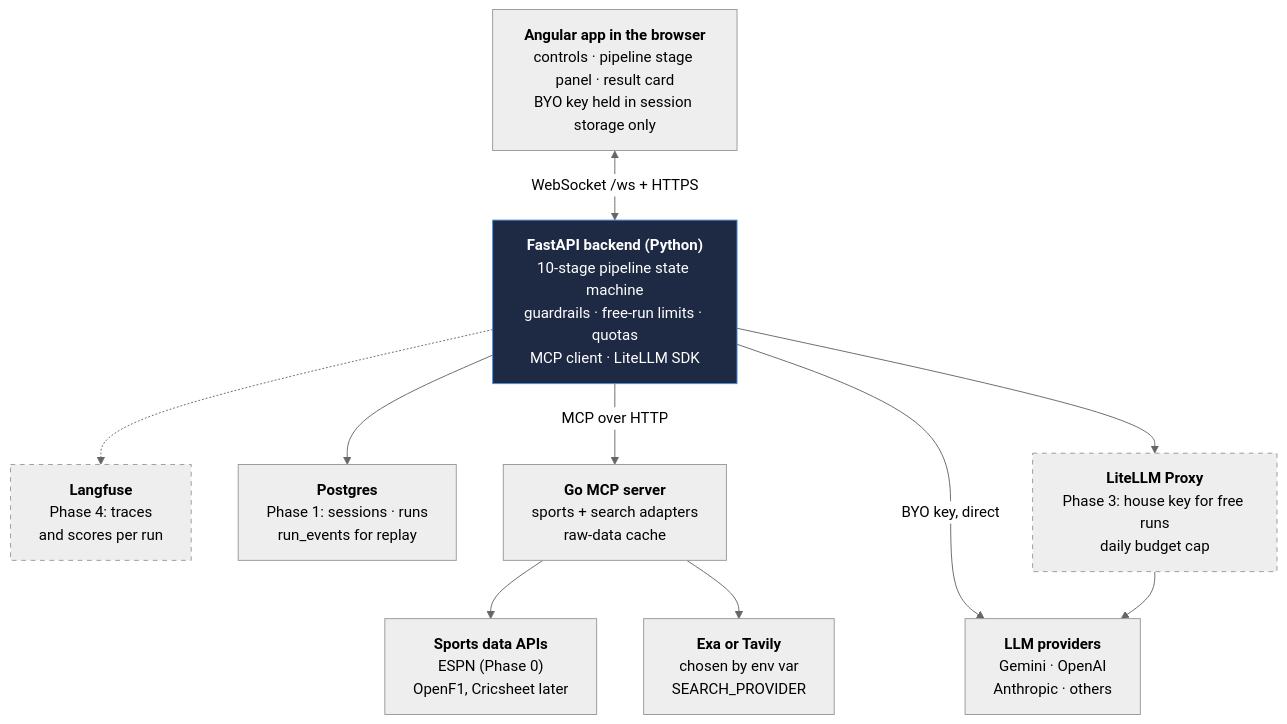
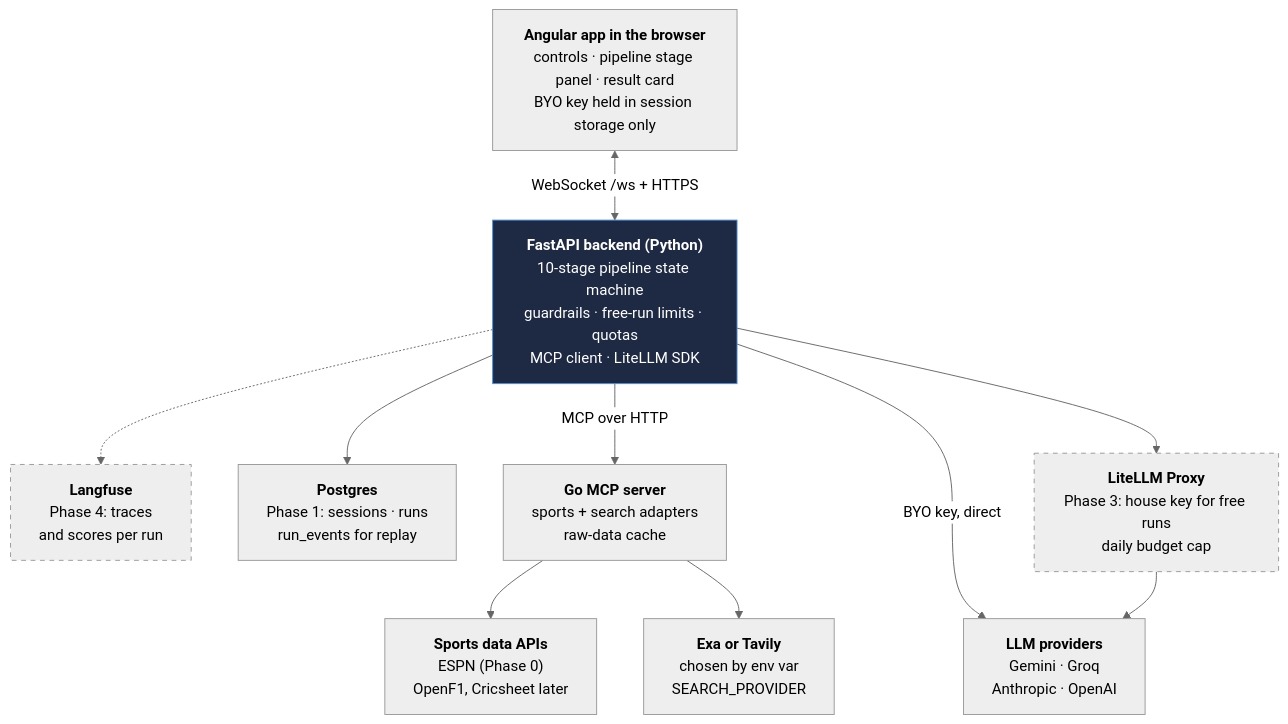
Before and after one commit to 7wik-pk/Matchday-Muse: the diagram in docs/diagrams/architecture.mmd, drawn with Mermaid (neutral theme). The commit also changed 40 other files, not shown here.

```diff
--- a/docs/diagrams/architecture.mmd
+++ b/docs/diagrams/architecture.mmd
@@ -1,25 +1,25 @@
 flowchart TB
     browser["<b>Angular app in the browser</b><br/>controls · pipeline stage panel · result card<br/>BYO key held in session storage only"]
     backend["<b>FastAPI backend (Python)</b><br/>10-stage pipeline state machine<br/>guardrails · free-run limits · quotas<br/>MCP client · LiteLLM SDK"]
     langfuse["<b>Langfuse</b><br/>Phase 4: traces<br/>and scores per run"]
     postgres["<b>Postgres</b><br/>Phase 1: sessions · runs<br/>run_events for replay"]
     mcp["<b>Go MCP server</b><br/>sports + search adapters<br/>raw-data cache"]
     proxy["<b>LiteLLM Proxy</b><br/>Phase 3: house key for free runs<br/>daily budget cap"]
     sports["<b>Sports data APIs</b><br/>ESPN (Phase 0)<br/>OpenF1, Cricsheet later"]
     search["<b>Exa or Tavily</b><br/>chosen by env var<br/>SEARCH_PROVIDER"]
-    providers["<b>LLM providers</b><br/>Gemini · OpenAI<br/>Anthropic · others"]
+    providers["<b>LLM providers</b><br/>Gemini · Groq<br/>Anthropic · OpenAI"]
 
     browser <-->|"WebSocket /ws + HTTPS"| backend
     backend -.-> langfuse
     backend --> postgres
     backend -->|"MCP over HTTP"| mcp
     backend --> proxy
     backend -->|"BYO key, direct"| providers
     mcp --> sports
     mcp --> search
     proxy --> providers
 
     classDef llm fill:#1e2a44,stroke:#4a90e2,color:#fff
     classDef later stroke-dasharray: 5 5
     class backend llm
     class langfuse,proxy later
```
